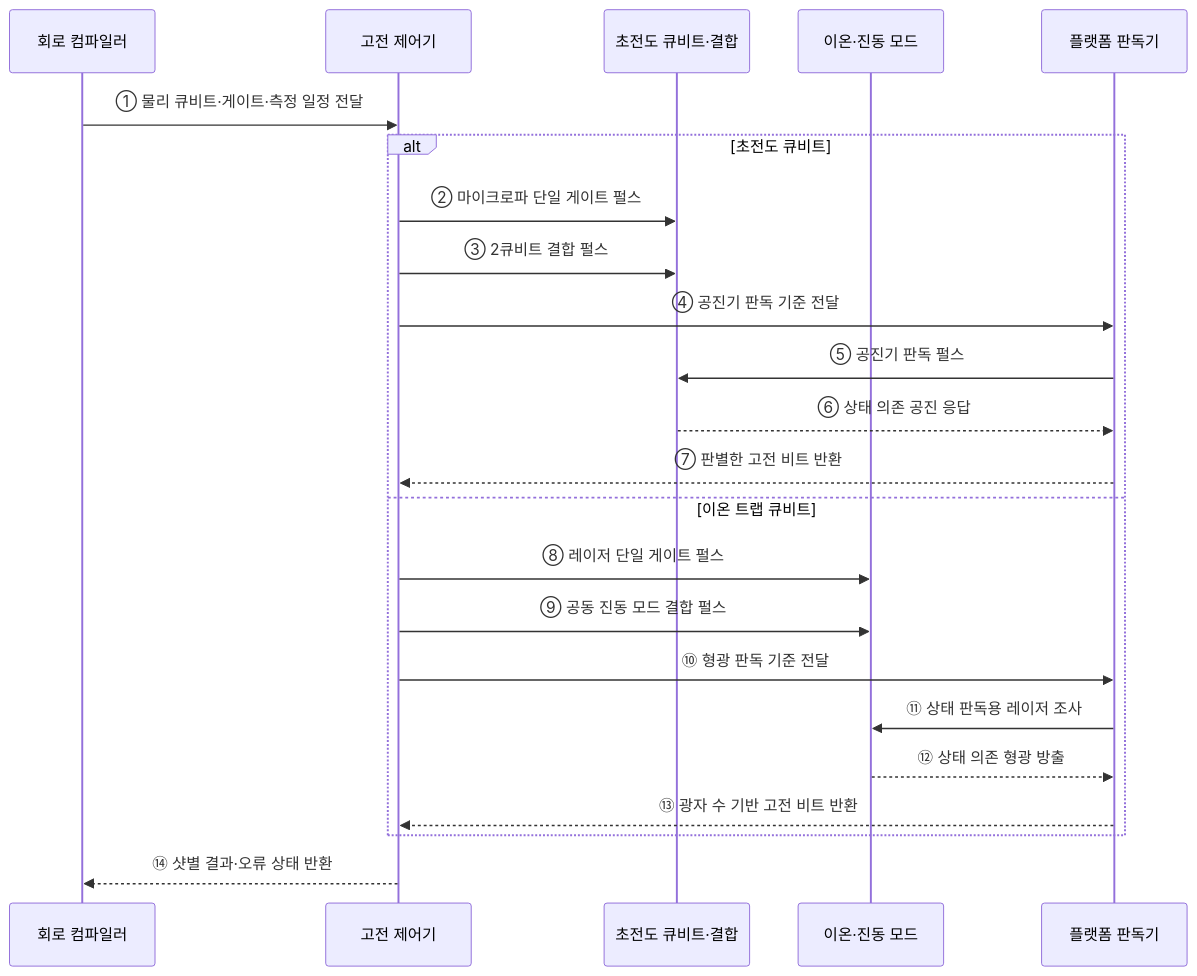
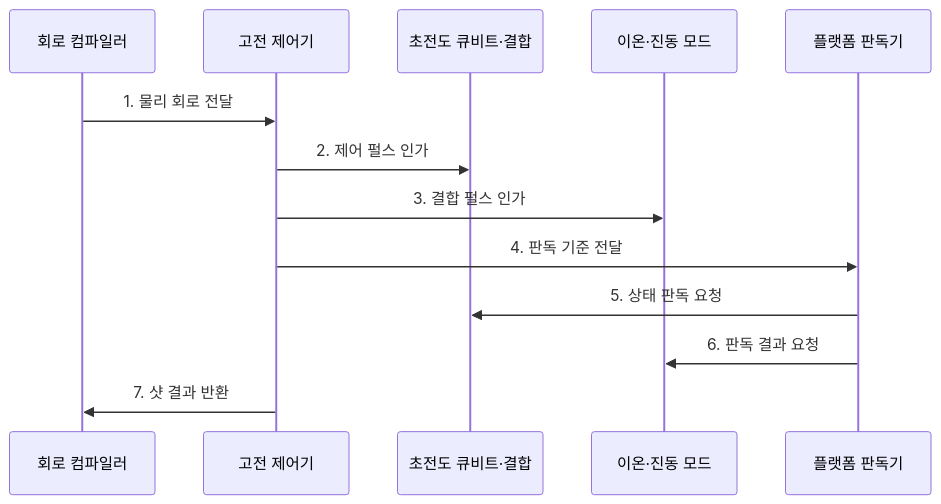
One commit to agnusdei1207/knowledge-base changed the second of 2 diagrams in src/content/docs/notes/02-hardware/073_quantum_processor_technologies.md. Above: the diagram before and after it, drawn with Mermaid. The commit also changed other lines of this file and 20 other files, not shown here.

````diff
--- a/src/content/docs/notes/02-hardware/073_quantum_processor_technologies.md
+++ b/src/content/docs/notes/02-hardware/073_quantum_processor_technologies.md
@@ -81,26 +86,16 @@
 ```mermaid
 sequenceDiagram
     participant C as 회로 컴파일러
     participant H as 고전 제어기
     participant S as 초전도 큐비트·결합
     participant I as 이온·진동 모드
     participant D as 플랫폼 판독기
 
-    C->>H: ① 물리 큐비트·게이트·측정 일정 전달
-    alt 초전도 큐비트
-        H->>S: ② 마이크로파 단일 게이트 펄스
-        H->>S: ③ 2큐비트 결합 펄스
-        H->>D: ④ 공진기 판독 기준 전달
-        D->>S: ⑤ 공진기 판독 펄스
-        S-->>D: ⑥ 상태 의존 공진 응답
-        D-->>H: ⑦ 판별한 고전 비트 반환
-    else 이온 트랩 큐비트
-        H->>I: ⑧ 레이저 단일 게이트 펄스
-        H->>I: ⑨ 공동 진동 모드 결합 펄스
-        H->>D: ⑩ 형광 판독 기준 전달
-        D->>I: ⑪ 상태 판독용 레이저 조사
-        I-->>D: ⑫ 상태 의존 형광 방출
-        D-->>H: ⑬ 광자 수 기반 고전 비트 반환
-    end
-    H-->>C: ⑭ 샷별 결과·오류 상태 반환
+    C->>H: 1. 물리 회로 전달
+    H->>S: 2. 제어 펄스 인가
+    H->>I: 3. 결합 펄스 인가
+    H->>D: 4. 판독 기준 전달
+    D->>S: 5. 상태 판독 요청
+    D->>I: 6. 판독 결과 요청
+    H->>C: 7. 샷 결과 반환
 ```
````
